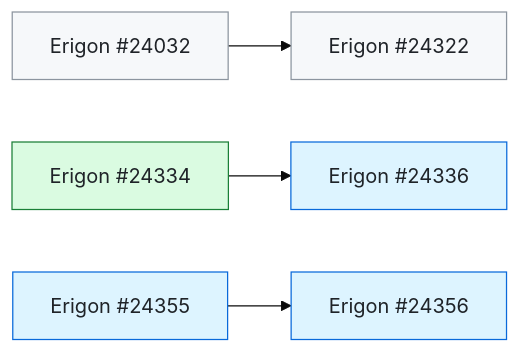
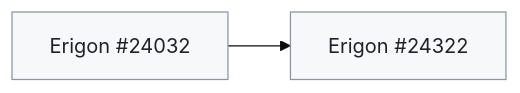
The first of 2 diagrams in docs/client-fixes.md (banteg/trace-interop), drawn with Mermaid (base theme) before and after one commit. The commit also changed other lines of this file and 2251 other files, not shown here.

````diff
--- a/docs/client-fixes.md
+++ b/docs/client-fixes.md
@@ -34,15 +34,7 @@
 ```mermaid
 flowchart LR
   Erigon_24322["Erigon #24322"]:::open
   Erigon_24032["Erigon #24032"]:::open
-  Erigon_24336["Erigon #24336"]:::merged
-  Erigon_24334["Erigon #24334"]:::in_measured_build
-  Erigon_24356["Erigon #24356"]:::merged
-  Erigon_24355["Erigon #24355"]:::merged
   Erigon_24032 --> Erigon_24322
-  Erigon_24334 --> Erigon_24336
-  Erigon_24355 --> Erigon_24356
   classDef open fill:#f6f8fa,stroke:#8c959f,color:#1f2328
-  classDef merged fill:#ddf4ff,stroke:#0969da,color:#1f2328
-  classDef in_measured_build fill:#dafbe1,stroke:#1a7f37,color:#1f2328
 ```
````
